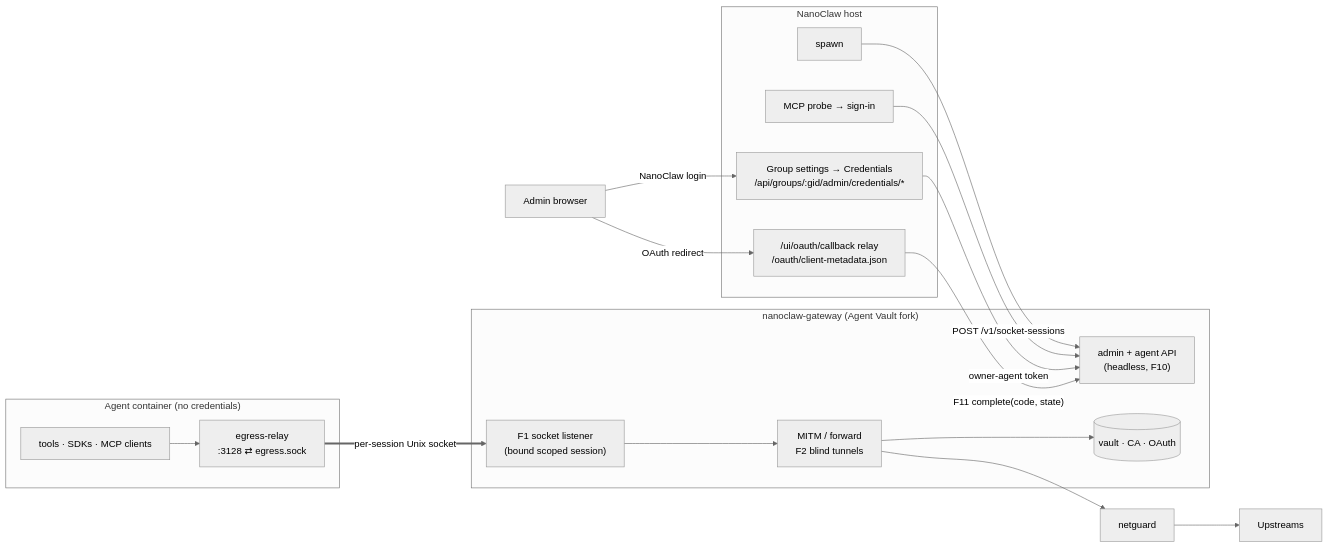
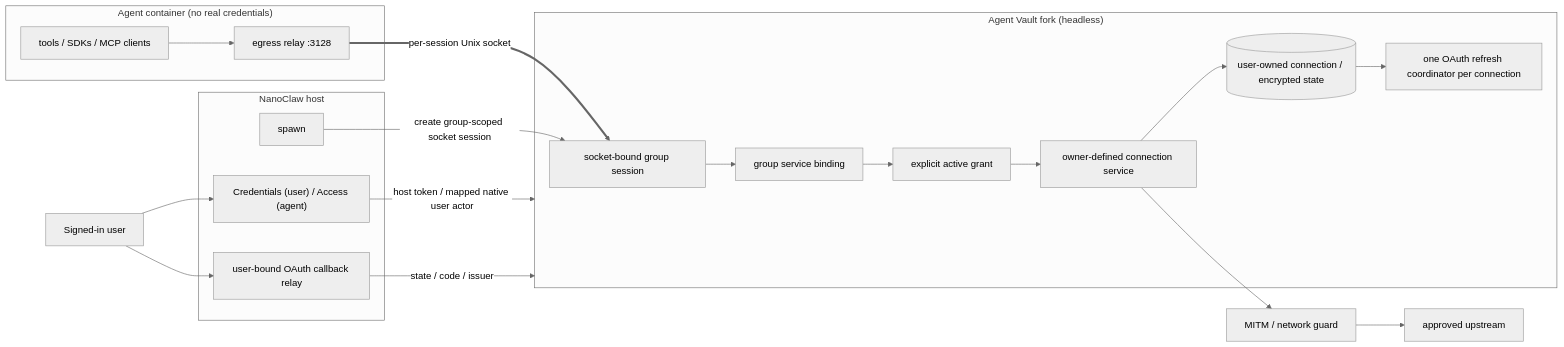
The diagram in docs/credential-gateway-agent-vault-fork-proposal.md (dtreskunov/bananaclaw), drawn with Mermaid (neutral theme) before and after one commit. The commit also changed other lines of this file and 79 other files, not shown here.

First line of the commit message:
feat(credentials)!: release user-owned shared connections

````diff
--- a/docs/credential-gateway-agent-vault-fork-proposal.md
+++ b/docs/credential-gateway-agent-vault-fork-proposal.md
@@ -93,25 +86,27 @@
 ```mermaid
 flowchart LR
-  subgraph C["Agent container (no credentials)"]
-    T["tools · SDKs · MCP clients"] --> R["egress-relay<br/>:3128 ⇄ egress.sock"]
+  subgraph C["Agent container (no real credentials)"]
+    T["tools / SDKs / MCP clients"] --> R["egress relay :3128"]
   end
   subgraph H["NanoClaw host"]
     S["spawn"]
-    PR["MCP probe → sign-in"]
-    GS["Group settings → Credentials<br/>/api/groups/:gid/admin/credentials/*"]
-    CB["/ui/oauth/callback relay<br/>/oauth/client-metadata.json"]
+    UI["Credentials (user) / Access (agent)"]
+    CB["user-bound OAuth callback relay"]
   end
-  subgraph AV["nanoclaw-gateway (Agent Vault fork)"]
-    SL["F1 socket listener<br/>(bound scoped session)"]
-    M["MITM / forward<br/>F2 blind tunnels"]
-    API["admin + agent API<br/>(headless, F10)"]
-    VT[("vault · CA · OAuth")]
+  subgraph AV["Agent Vault fork (headless)"]
+    SL["socket-bound group session"]
+    B["group service binding"]
+    G["explicit active grant"]
+    CS["owner-defined connection service"]
+    CONN[("user-owned connection / encrypted state")]
+    RF["one OAuth refresh coordinator per connection"]
   end
-  S -- "POST /v1/socket-sessions" --> API
-  R == "per-session Unix socket" ==> SL --> M --> VT
-  M --> NG["netguard"] --> UP["Upstreams"]
-  PR --> API
-  B["Admin browser"] -- "NanoClaw login" --> GS
-  GS -- "owner-agent token" --> API
-  B -- "OAuth redirect" --> CB -- "F11 complete(code, state)" --> API
+  S -- "create group-scoped socket session" --> SL
+  R == "per-session Unix socket" ==> SL --> B --> G --> CS --> CONN
+  CONN --> RF
+  CS --> NG["MITM / network guard"] --> UP["approved upstream"]
+  U["Signed-in user"] --> UI
+  UI -- "host token / mapped native user actor" --> AV
+  U --> CB
+  CB -- "state / code / issuer" --> AV
 ```
````
